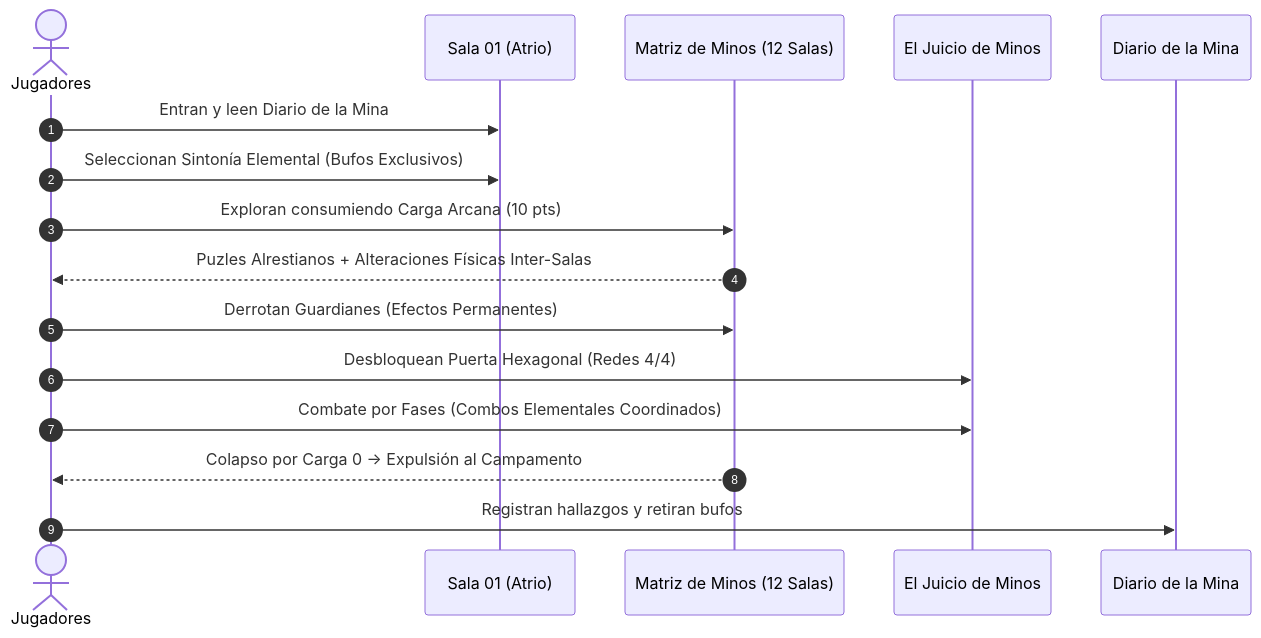
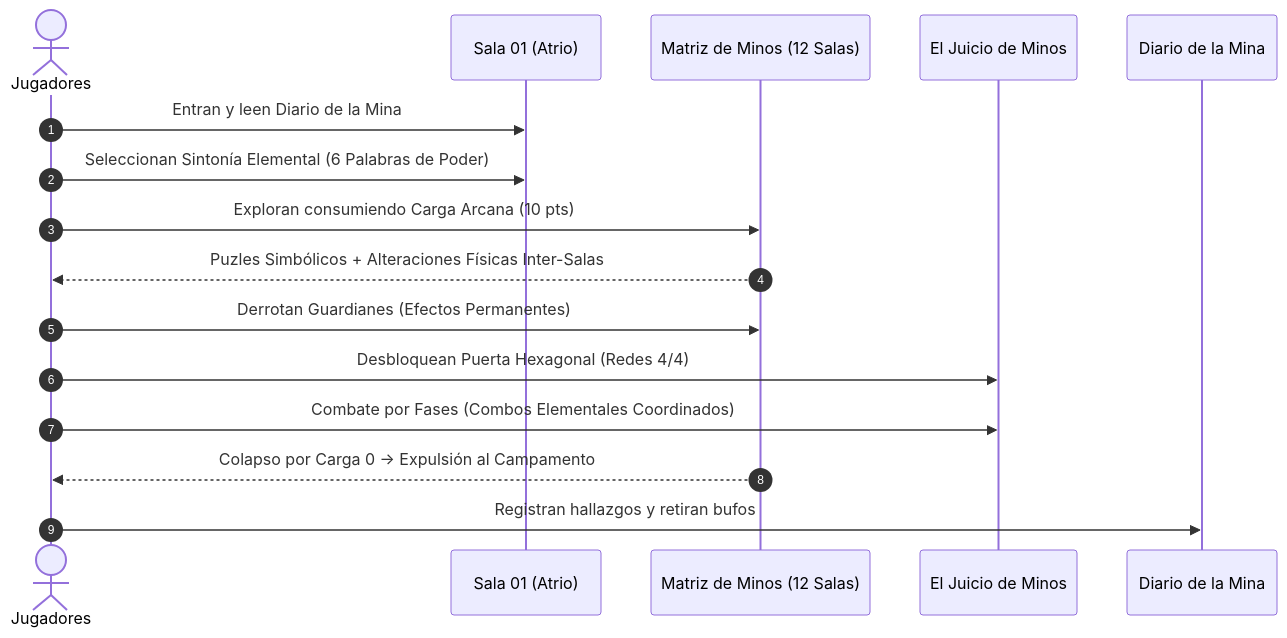
Before and after one commit to linkmati/ShivathLyss: the diagram in 7 - DM/OneShots/ARepeat/El Laberinto de Minos.md, drawn with Mermaid. The commit also changed other lines of this file and 6 other files, not shown here.

Commit message:
fix: mermaid diagram parse errors and align elements with Shivath 6 Power Words

````diff
--- a/7 - DM/OneShots/ARepeat/El Laberinto de Minos.md
+++ b/7 - DM/OneShots/ARepeat/El Laberinto de Minos.md
@@ -38,19 +39,19 @@
 ```mermaid
 sequenceDiagram
     autonumber
     actor Jugadores
     participant Atrio as Sala 01 (Atrio)
     participant Laberinto as Matriz de Minos (12 Salas)
     participant Boss as El Juicio de Minos
     participant Base as Diario de la Mina
 
     Jugadores->>Atrio: Entran y leen Diario de la Mina
-    Jugadores->>Atrio: Seleccionan Sintonía Elemental (Bufos Exclusivos)
+    Jugadores->>Atrio: Seleccionan Sintonía Elemental (6 Palabras de Poder)
     Jugadores->>Laberinto: Exploran consumiendo Carga Arcana (10 pts)
-    Laberinto-->>Jugadores: Puzles Alrestianos + Alteraciones Físicas Inter-Salas
+    Laberinto-->>Jugadores: Puzles Simbólicos + Alteraciones Físicas Inter-Salas
     Jugadores->>Laberinto: Derrotan Guardianes (Efectos Permanentes)
     Jugadores->>Boss: Desbloquean Puerta Hexagonal (Redes 4/4)
     Jugadores->>Boss: Combate por Fases (Combos Elementales Coordinados)
     Laberinto-->>Jugadores: Colapso por Carga 0 -> Expulsión al Campamento
     Jugadores->>Base: Registran hallazgos y retiran bufos
 ```
````
